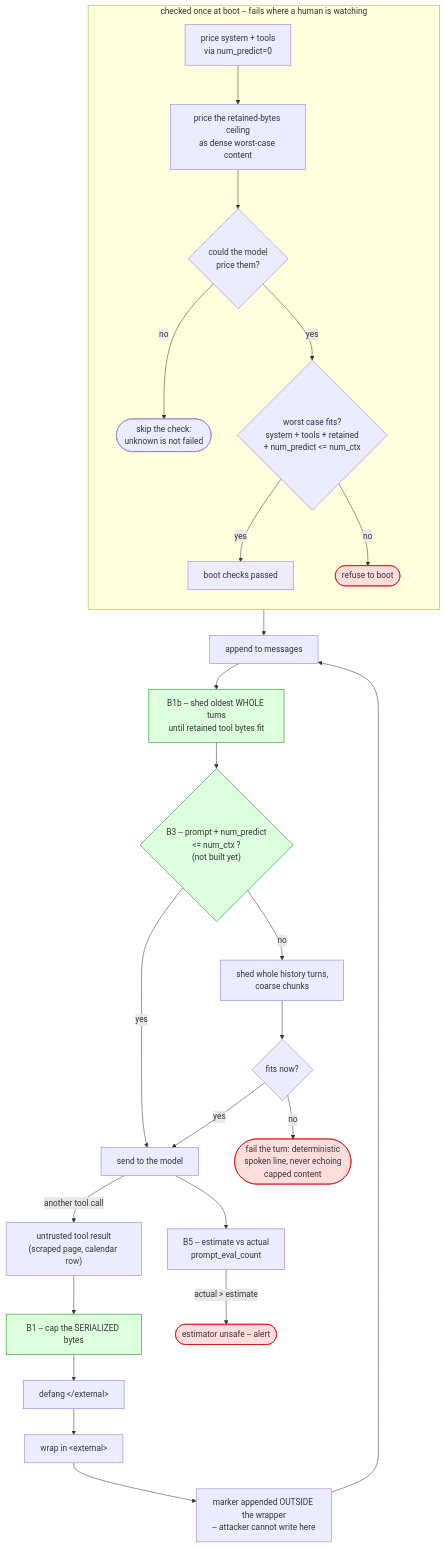
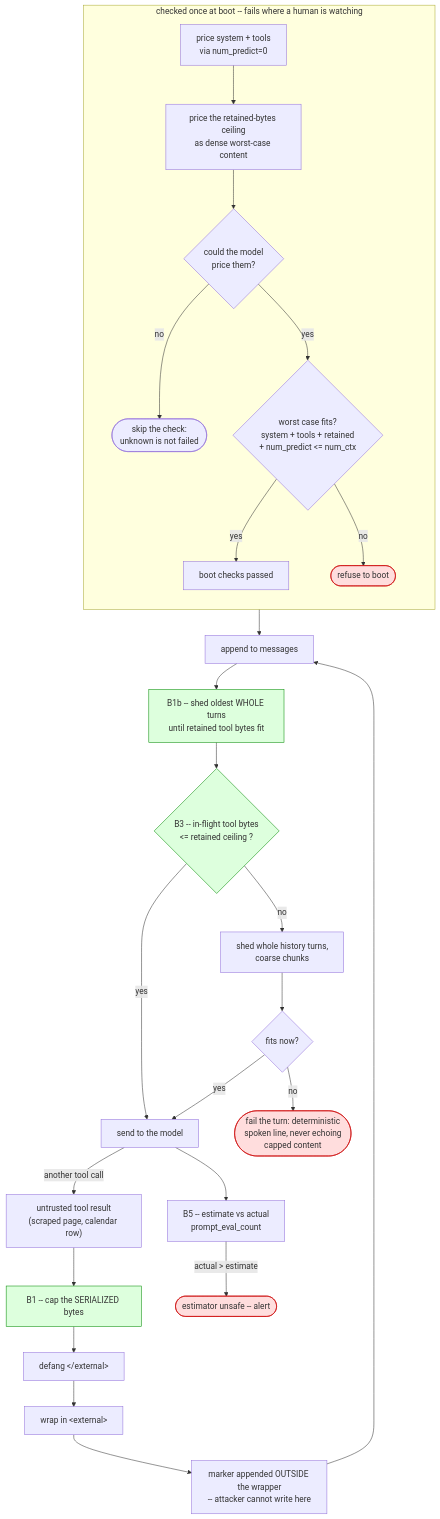
The diagram in DESIGN-context-flooding.md (Qcko/Glados), drawn with Mermaid before and after one commit. The commit also changed other lines of this file and 4 other files, not shown here.

````diff
--- a/DESIGN-context-flooding.md
+++ b/DESIGN-context-flooding.md
@@ -116,43 +116,43 @@
 ```mermaid
 flowchart TD
     R["untrusted tool result<br/>(scraped page, calendar row)"]
     R --> C["B1 -- cap the SERIALIZED bytes"]
     C --> D["defang &lt;/external&gt;"]
     D --> W["wrap in &lt;external&gt;"]
     W --> M["marker appended OUTSIDE the wrapper<br/>-- attacker cannot write here"]
     M --> H["append to messages"]
     H --> HB["B1b -- shed oldest WHOLE turns<br/>until retained tool bytes fit"]
-    HB --> B{"B3 -- prompt + num_predict<br/>&lt;= num_ctx ?<br/>(not built yet)"}
+    HB --> B{"B3 -- in-flight tool bytes<br/>&lt;= retained ceiling ?"}
     B -- yes --> S["send to the model"]
     B -- no --> SH["shed whole history turns,<br/>coarse chunks"]
     SH --> B2{"fits now?"}
     B2 -- yes --> S
     B2 -- no --> F(["fail the turn: deterministic<br/>spoken line, never echoing<br/>capped content"])
     S -- "another tool call" --> R
     S --> A["B5 -- estimate vs actual<br/>prompt_eval_count"]
     A -- "actual &gt; estimate" --> AL(["estimator unsafe -- alert"])
 
     BOOTOK["boot checks passed"] --> H
 
     subgraph boot["checked once at boot -- fails where a human is watching"]
         direction TB
         T1["price system + tools<br/>via num_predict=0"]
         T2["price the retained-bytes ceiling<br/>as dense worst-case content"]
         T3{"could the model<br/>price them?"}
         T4{"worst case fits?<br/>system + tools + retained<br/>+ num_predict &lt;= num_ctx"}
         T5(["refuse to boot"])
         T6(["skip the check:<br/>unknown is not failed"])
         T1 --> T2 --> T3
         T3 -- no --> T6
         T3 -- yes --> T4
         T4 -- no --> T5
         T4 -- yes --> BOOTOK
     end
 
     style T5 fill:#fdd,stroke:#c00
     style F fill:#fdd,stroke:#c00
     style AL fill:#fdd,stroke:#c00
     style C fill:#dfd,stroke:#080
     style HB fill:#dfd,stroke:#080
     style B fill:#dfd,stroke:#080
 ```
````
